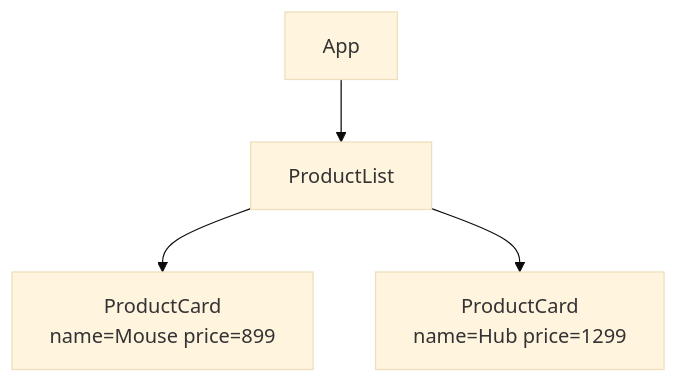
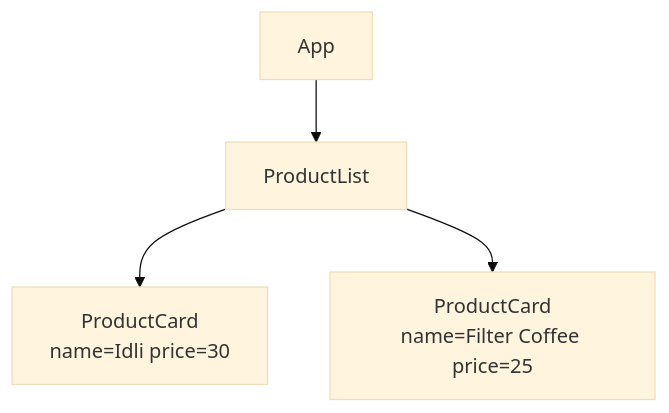
Before and after one commit to kyedumati/FS_MATERIAL_KASI: the diagram in FRONTEND/REACT/01_React_Fundamentals.md, drawn with Mermaid (base theme). The commit also changed other lines of this file and 325 other files, not shown here.

````diff
--- a/FRONTEND/REACT/01_React_Fundamentals.md
+++ b/FRONTEND/REACT/01_React_Fundamentals.md
@@ -160,6 +160,6 @@
 ```mermaid
 flowchart TD
   App["App"] --> List["ProductList"]
-  List --> C1["ProductCard<br/>name=Mouse price=899"]
-  List --> C2["ProductCard<br/>name=Hub price=1299"]
+  List --> C1["ProductCard<br/>name=Idli price=30"]
+  List --> C2["ProductCard<br/>name=Filter Coffee price=25"]
 ```
````
